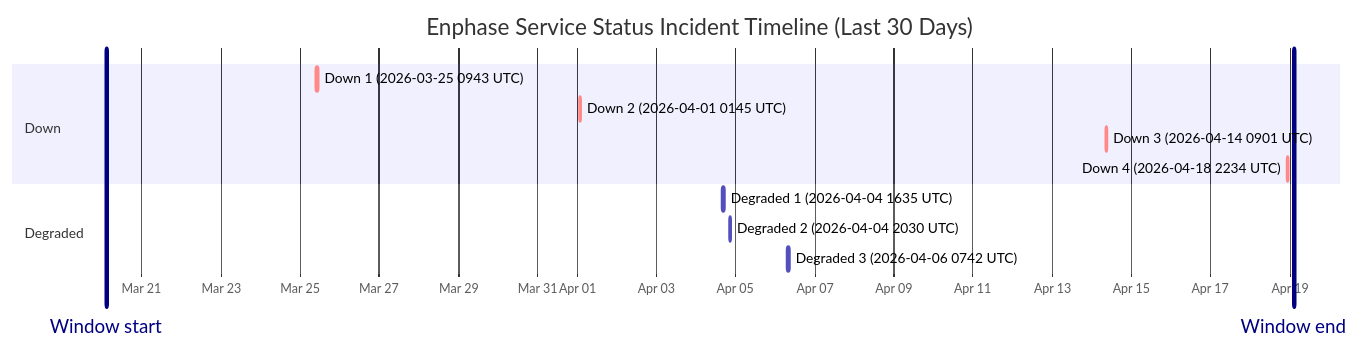
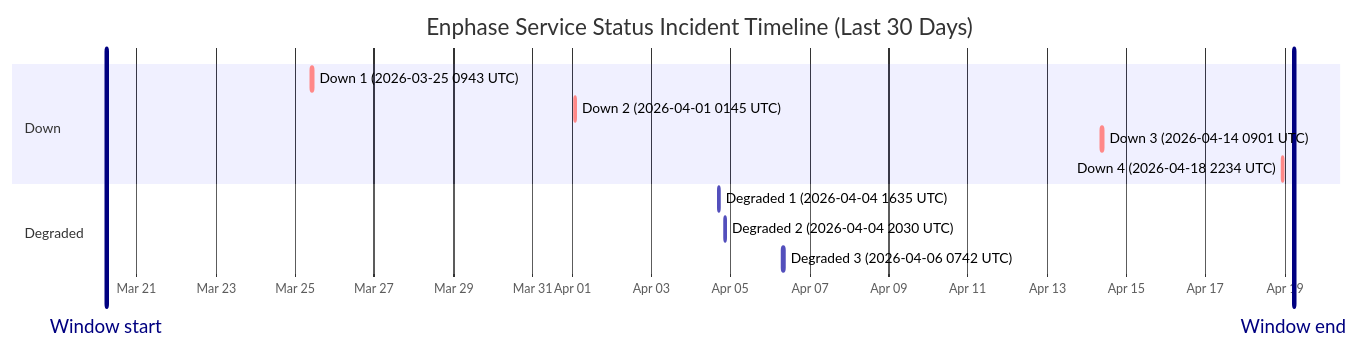
The diagram in wiki/Service-Status-History.md (barneyonline/ha-enphase-ev-charger), drawn with Mermaid before and after one commit. The commit also changed other lines of this file and 3 other files, not shown here.

````diff
--- a/wiki/Service-Status-History.md
+++ b/wiki/Service-Status-History.md
@@ -14,17 +14,17 @@
 ```mermaid
 gantt
     title Enphase Service Status Incident Timeline (Last 30 Days)
     dateFormat  YYYY-MM-DDTHH:mm:ss
     axisFormat  %b %d
-    Window start :vert, window-start, 2026-03-20T02:35:57, 0ms
-    Window end :vert, window-end, 2026-04-19T02:35:57, 0ms
+    Window start :vert, window-start, 2026-03-20T05:28:14, 0ms
+    Window end :vert, window-end, 2026-04-19T05:28:14, 0ms
     section Down
     Down 1 (2026-03-25 0943 UTC) :crit, down-1, 2026-03-25T09:43:28, 111m
     Down 2 (2026-04-01 0145 UTC) :crit, down-2, 2026-04-01T01:45:09, 60m
     Down 3 (2026-04-14 0901 UTC) :crit, down-3, 2026-04-14T09:01:13, 60m
     Down 4 (2026-04-18 2234 UTC) :crit, down-4, 2026-04-18T22:34:13, 60m
     section Degraded
     Degraded 1 (2026-04-04 1635 UTC) :active, degraded-1, 2026-04-04T16:35:17, 60m
     Degraded 2 (2026-04-04 2030 UTC) :active, degraded-2, 2026-04-04T20:30:40, 60m
     Degraded 3 (2026-04-06 0742 UTC) :active, degraded-3, 2026-04-06T07:42:09, 85m
 ```
````
